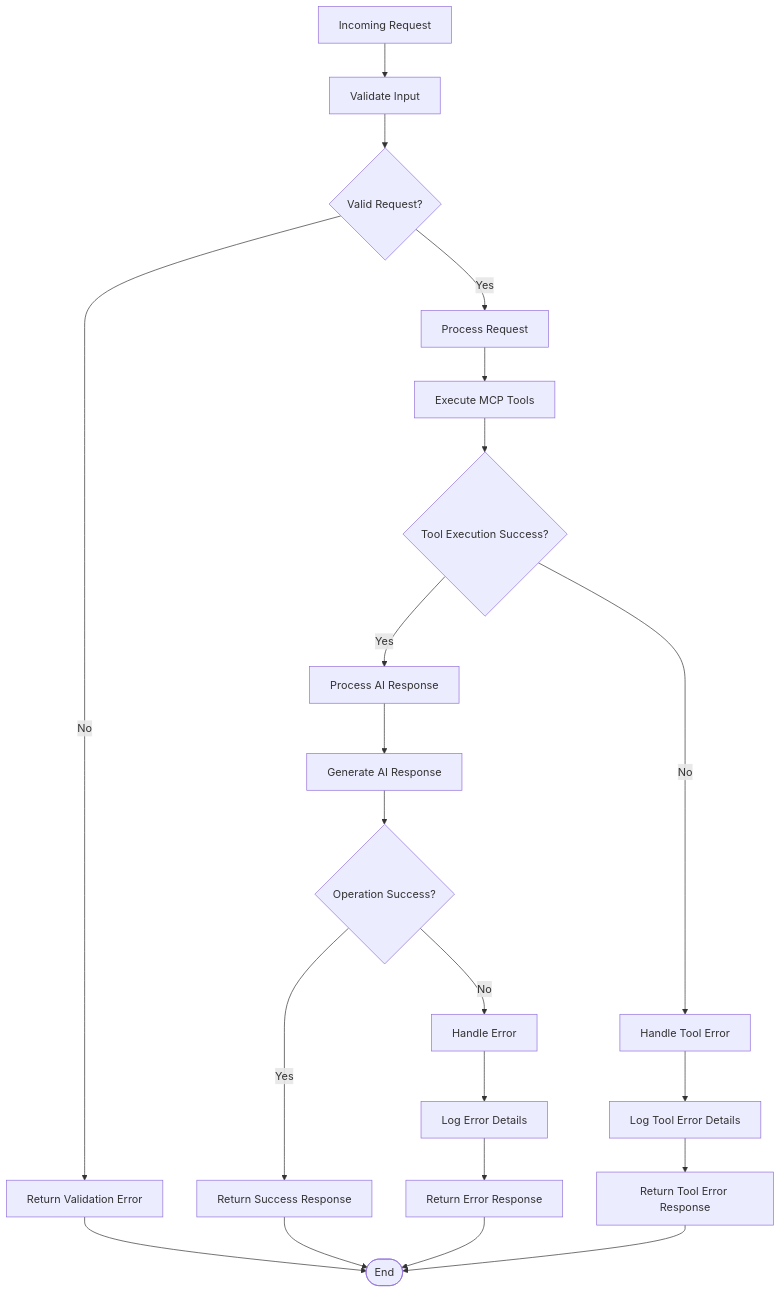
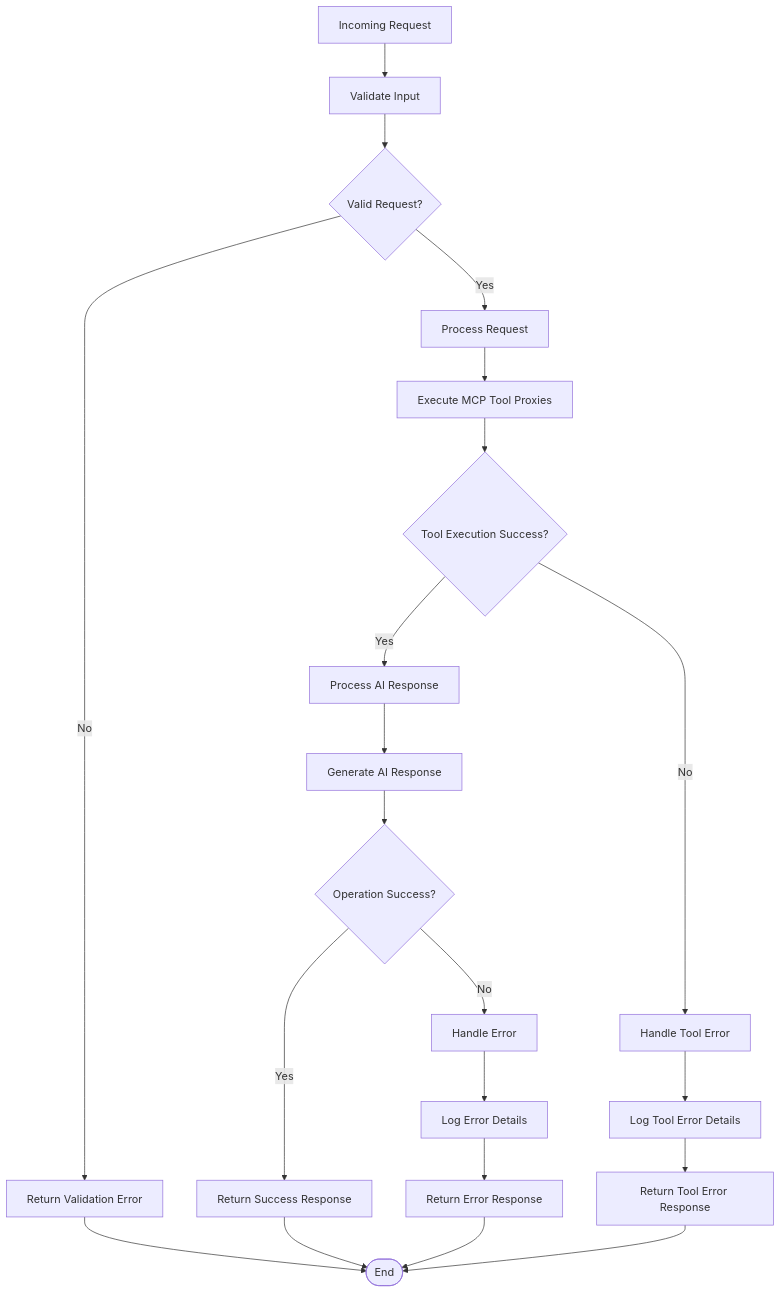
Diagram 19 of 20 in .qoder/repowiki/en/content/AI Integration System/Agent System/DevBot AI Agent System.md (siimliimand/laravel-assistant), drawn with Mermaid before and after one commit. The commit also changed other lines of this file and 7 other files, not shown here.

First line of the commit message:
feat(mcp-client): integrate MCP protocol client service for DevBot AI agent tools

````diff
--- a/.qoder/repowiki/en/content/AI Integration System/Agent System/DevBot AI Agent System.md
+++ b/.qoder/repowiki/en/content/AI Integration System/Agent System/DevBot AI Agent System.md
@@ -649,23 +785,23 @@
 ```mermaid
 flowchart TD
 Request[Incoming Request] --> Validate[Validate Input]
 Validate --> ValidRequest{Valid Request?}
 ValidRequest --> |No| ValidationError[Return Validation Error]
 ValidRequest --> |Yes| ProcessRequest[Process Request]
-ProcessRequest --> ExecuteTools["Execute MCP Tools"]
+ProcessRequest --> ExecuteTools["Execute MCP Tool Proxies"]
 ExecuteTools --> ToolSuccess{Tool Execution Success?}
 ToolSuccess --> |Yes| ProcessAI[Process AI Response]
 ToolSuccess --> |No| ToolError[Handle Tool Error]
 ToolError --> LogToolError[Log Tool Error Details]
 LogToolError --> ReturnToolError[Return Tool Error Response]
 ProcessAI --> AIResponse[Generate AI Response]
 AIResponse --> Success{Operation Success?}
 Success --> |Yes| ReturnSuccess[Return Success Response]
 Success --> |No| HandleError[Handle Error]
 HandleError --> LogError[Log Error Details]
 LogError --> ReturnError[Return Error Response]
 ValidationError --> End([End])
 ReturnSuccess --> End
 ReturnError --> End
 ReturnToolError --> End
 ```
````
